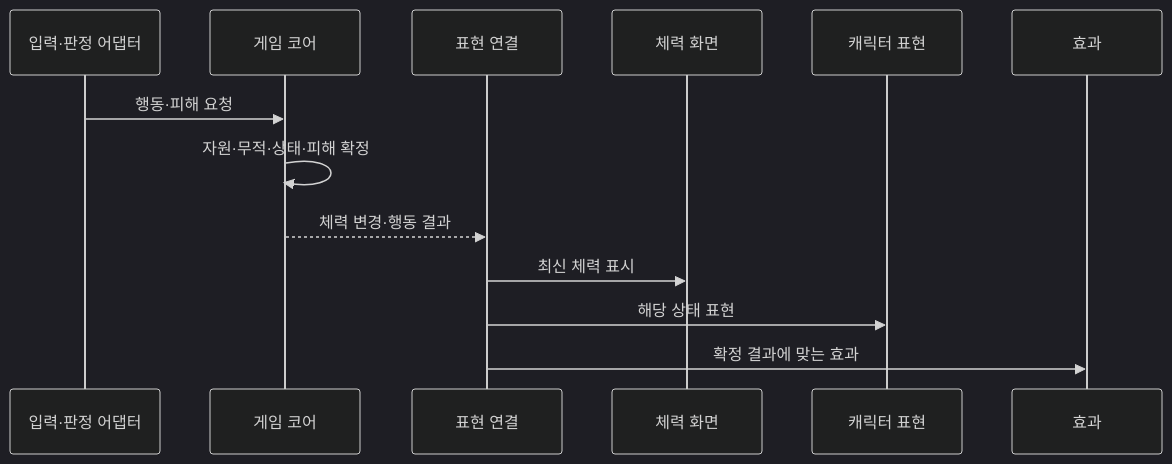
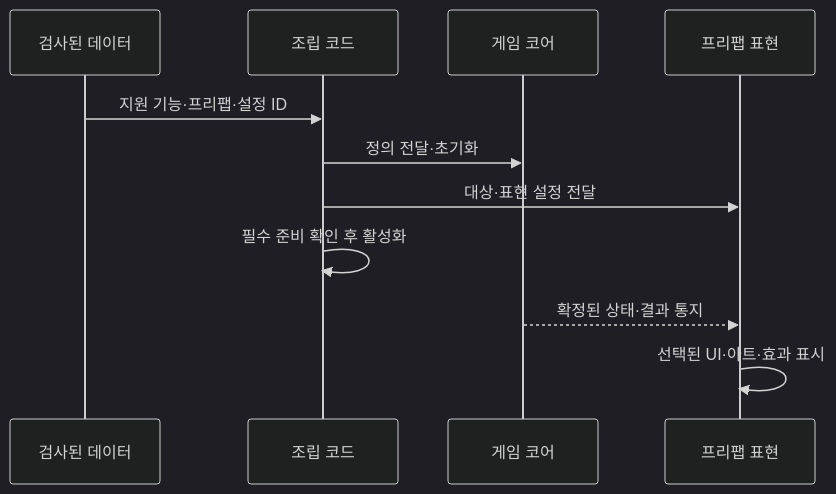
One commit to lkhwcf-arch/Human_Ghost- changed the second of 4 diagrams in Docs/데이터 기반 모듈과 화면 표현 설계안.md. Above: the diagram before and after it, drawn with Mermaid (dark theme). The commit also changed other lines of this file and 46 other files, not shown here.

First line of the commit message:
데이터·앵커 기반 체력 표시 모듈과 연결 구조 추가,체력 표시 설정 시트와 프리팹 참조 검사 추가

````diff
--- a/Docs/데이터 기반 모듈과 화면 표현 설계안.md
+++ b/Docs/데이터 기반 모듈과 화면 표현 설계안.md
@@ -161,15 +81,13 @@
 ```mermaid
 sequenceDiagram
-    participant I as 입력·판정 어댑터
+    participant D as 검사된 데이터
+    participant R as 조립 코드
     participant C as 게임 코어
-    participant P as 표현 연결
-    participant H as 체력 화면
-    participant V as 캐릭터 표현
-    participant F as 효과
-    I->>C: 행동·피해 요청
-    C->>C: 자원·무적·상태·피해 확정
-    C-->>P: 체력 변경·행동 결과
-    P->>H: 최신 체력 표시
-    P->>V: 해당 상태 표현
-    P->>F: 확정 결과에 맞는 효과
+    participant V as 프리팹 표현
+    D->>R: 지원 기능·프리팹·설정 ID
+    R->>C: 정의 전달·초기화
+    R->>V: 대상·표현 설정 전달
+    R->>R: 필수 준비 확인 후 활성화
+    C-->>V: 확정된 상태·결과 통지
+    V->>V: 선택된 UI·아트·효과 표시
 ```
````
